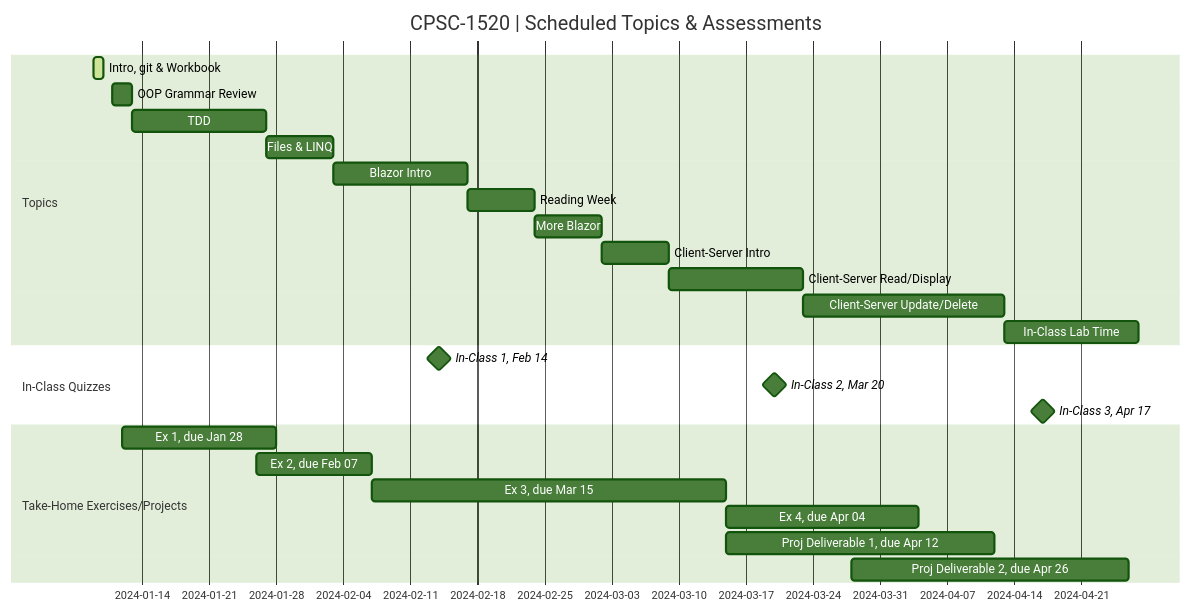
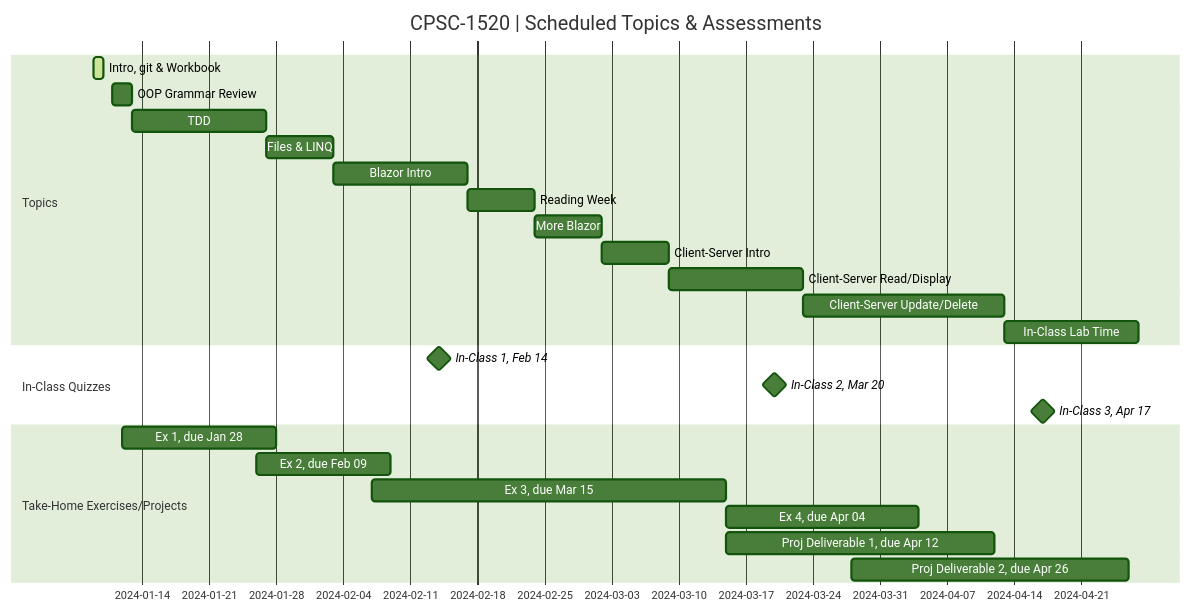
One commit to CPSC-1517/cpsc-1517-workbook-jan2024-a01-dgilleland changed the diagram in README.md. Above: the diagram before and after it, drawn with Mermaid (forest theme).

````diff
--- a/README.md
+++ b/README.md
@@ -9,37 +9,37 @@
 ```mermaid
 gantt
     dateFormat  YYYY-MM-DD
     title       CPSC-1520 | Scheduled Topics & Assessments
     %% excludes    weekends
     %% (`excludes` accepts specific dates in YYYY-MM-DD format, days of the week ("sunday") or "weekends", but not the word "weekdays".)
 
     section Topics
     %% done - for finished tasks
     %% active - for current tasks
     %% crit - for red outline/background
     Intro, git & Workbook     :active,  part0, 2024-01-09, 2024-01-10
     OOP Grammar Review       :         part1, 2024-01-11, 2d
     TDD      :         part2, after part1, 14d
     Files & LINQ          :         part3, after part2, 7d
     Blazor Intro          :         part4, after part3, 14d
     Reading Week              :         break, after part4, 7d
     More Blazor          :         part5, after break, 7d
     Client-Server Intro :        part6, after part5, 7d
     Client-Server Read/Display :        part7, after part6, 14d
     Client-Server Update/Delete :       part8, after part7, 21d
     In-Class Lab Time :        part9, after part8, 14d
 
     section In-Class Quizzes
     In-Class 1, Feb 14 :  milestone, 2024-02-14, 0d
     In-Class 2, Mar 20 :  milestone, 2024-03-20, 0d
     In-Class 3, Apr 17 :  milestone, 2024-04-17, 0d
 
     section Take-Home Exercises/Projects
     Ex 1, due Jan 28 : 2024-01-12, 2024-01-28
-    Ex 2, due Feb 07 : 2024-01-26, 2024-02-07
+    Ex 2, due Feb 09 : 2024-01-26, 2024-02-09
     Ex 3, due Mar 15 : 2024-02-07, 2024-03-15
     Ex 4, due Apr 04 : 2024-03-15, 2024-04-04
     Proj Deliverable 1, due Apr 12 : 2024-03-15, 2024-04-12
     Proj Deliverable 2, due Apr 26 : 2024-03-28, 2024-04-26
 
 ```
````
